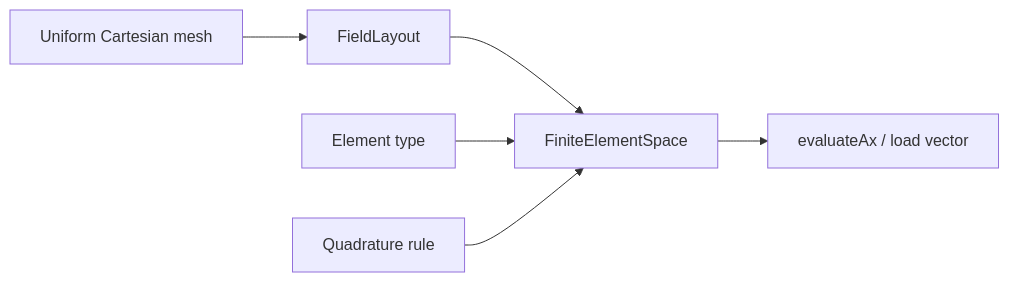
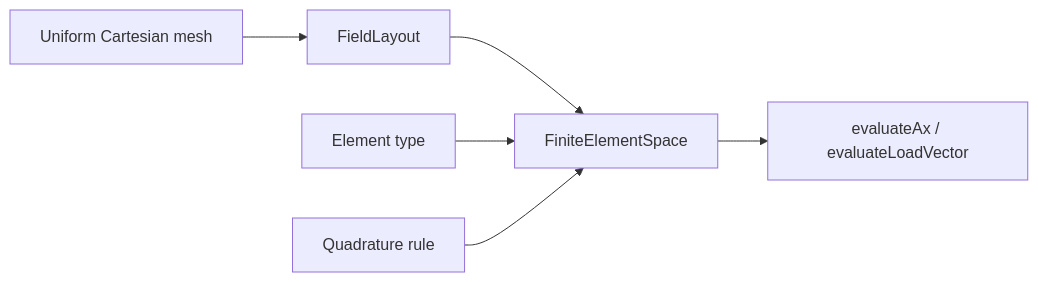
One commit to IPPL-framework/Manual changed the diagram in sections/fem/index.qmd. Above: the diagram before and after it, drawn with Mermaid. The commit also changed other lines of this file, not shown here.

````diff
--- a/sections/fem/index.qmd
+++ b/sections/fem/index.qmd
@@ -41,8 +41,8 @@
 ```{mermaid}
 flowchart LR
   Mesh["Uniform Cartesian mesh"] --> Layout["FieldLayout"]
   Layout --> Space["FiniteElementSpace"]
   Element["Element type"] --> Space
   Quad["Quadrature rule"] --> Space
-  Space --> Assembly["evaluateAx / load vector"]
+  Space --> Assembly["evaluateAx / evaluateLoadVector"]
 ```
````
